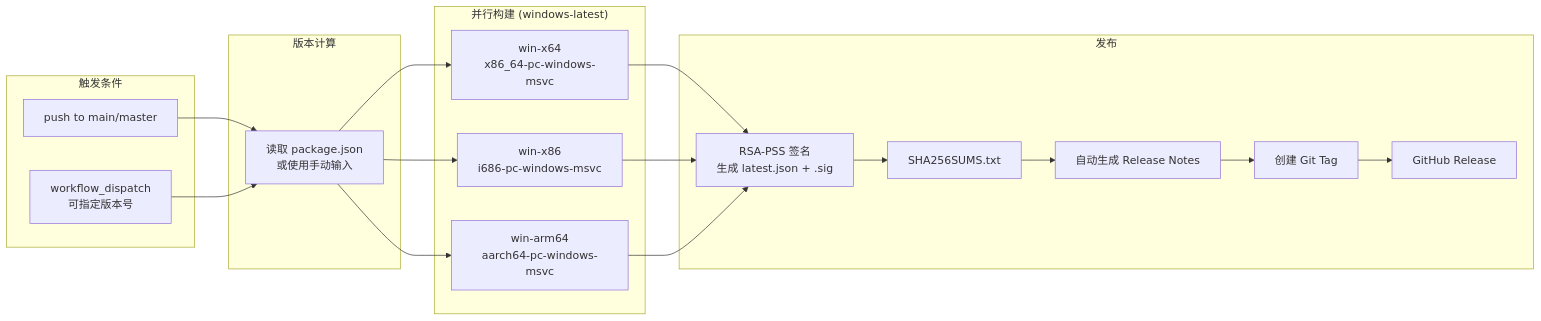
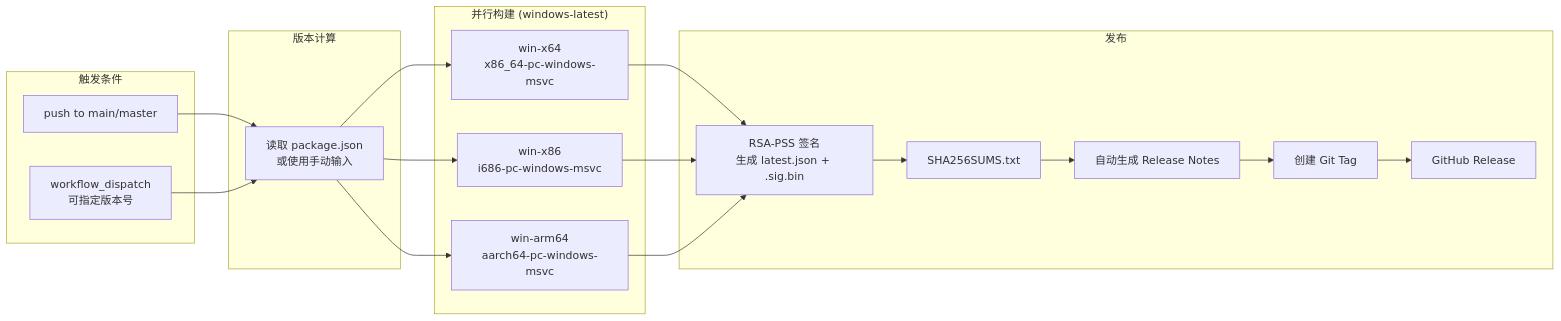
Before and after one commit to lookfeeb/Hlem_SSH: diagram 11 of 15 in README.md, drawn with Mermaid. The commit also changed other lines of this file and 84 other files, not shown here.

````diff
--- a/README.md
+++ b/README.md
@@ -618,38 +620,38 @@
 ```mermaid
 graph LR
     subgraph Trigger["触发条件"]
         Push[push to main/master]
         Manual[workflow_dispatch<br/>可指定版本号]
     end
 
     subgraph Version["版本计算"]
         Compute[读取 package.json<br/>或使用手动输入]
     end
 
     subgraph Build["并行构建 (windows-latest)"]
         X64[win-x64<br/>x86_64-pc-windows-msvc]
         X86[win-x86<br/>i686-pc-windows-msvc]
         ARM64[win-arm64<br/>aarch64-pc-windows-msvc]
     end
 
     subgraph Release["发布"]
-        Sign[RSA-PSS 签名<br/>生成 latest.json + .sig]
+        Sign[RSA-PSS 签名<br/>生成 latest.json + .sig.bin]
         SHA[SHA256SUMS.txt]
         Notes[自动生成 Release Notes]
         Tag[创建 Git Tag]
         GHRelease[GitHub Release]
     end
 
     Push --> Compute
     Manual --> Compute
     Compute --> X64
     Compute --> X86
     Compute --> ARM64
     X64 --> Sign
     X86 --> Sign
     ARM64 --> Sign
     Sign --> SHA
     SHA --> Notes
     Notes --> Tag
     Tag --> GHRelease
 ```
````
